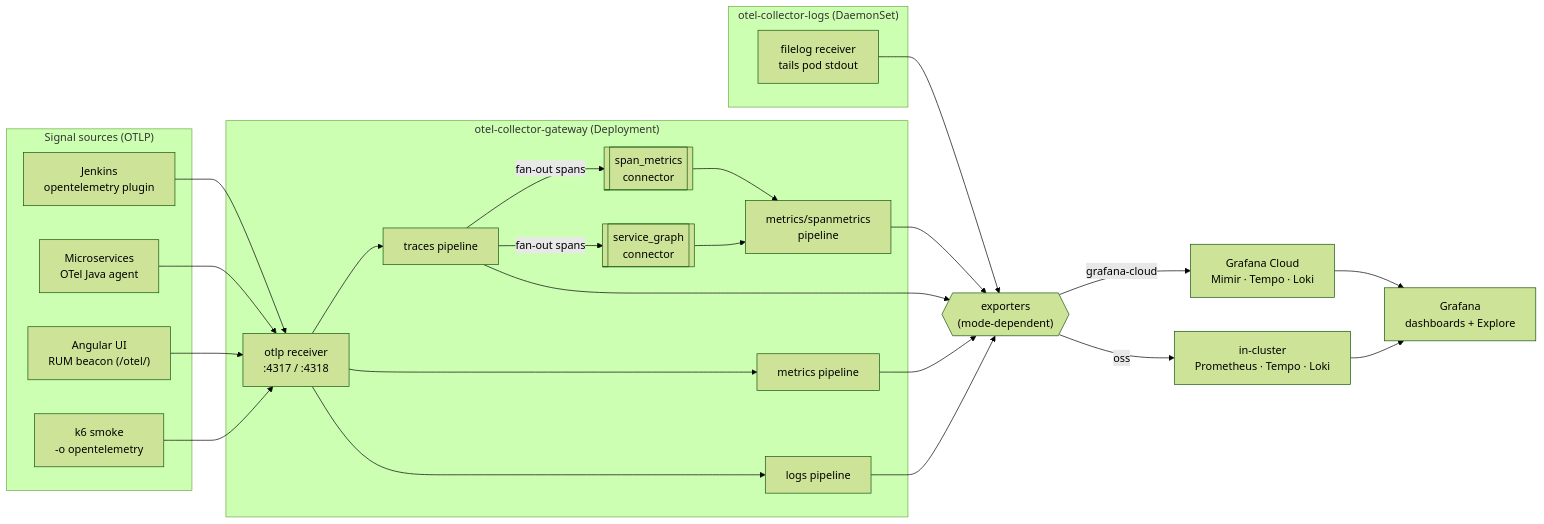
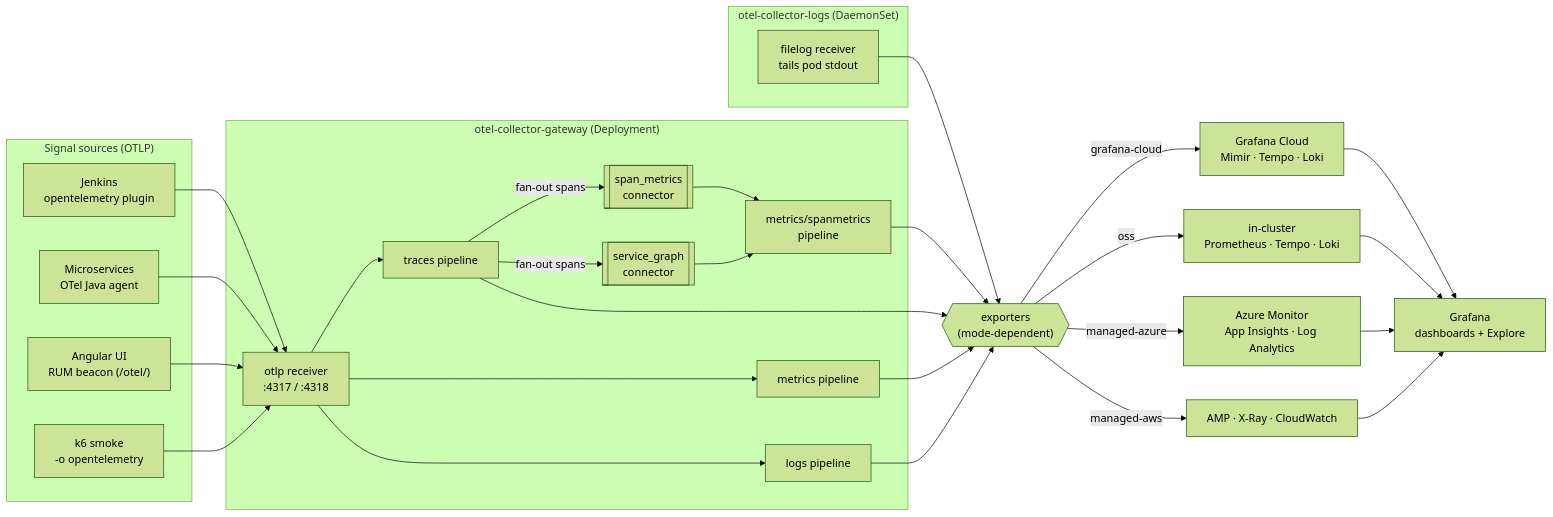
The second of 7 diagrams in docs/301-OBSERVABILITY.md (nubenetes/jenkins-2026), drawn with Mermaid (forest theme) before and after one commit. The commit also changed 4 other files, not shown here.

First line of the commit message:
docs: align remaining mermaid diagrams with main + fix 2 pre-existing broken diagrams (#478)

````diff
--- a/docs/301-OBSERVABILITY.md
+++ b/docs/301-OBSERVABILITY.md
@@ -281,36 +281,38 @@
 ```mermaid
 flowchart LR
   subgraph SRC["Signal sources (OTLP)"]
     J["Jenkins<br/>opentelemetry plugin"]
     M["Microservices<br/>OTel Java agent"]
     R["Angular UI<br/>RUM beacon (/otel/)"]
     K["k6 smoke<br/>-o opentelemetry"]
   end
 
   subgraph GW["otel-collector-gateway (Deployment)"]
     RCV["otlp receiver<br/>:4317 / :4318"]
     TR["traces pipeline"]
     SM[["span_metrics<br/>connector"]]
     SG[["service_graph<br/>connector"]]
     MSP["metrics/spanmetrics<br/>pipeline"]
     ME["metrics pipeline"]
     LO["logs pipeline"]
   end
 
   subgraph DS["otel-collector-logs (DaemonSet)"]
     FL["filelog receiver<br/>tails pod stdout"]
   end
 
   J & M & R & K --> RCV
   RCV --> TR & ME & LO
   TR -->|fan-out spans| SM & SG
   SM & SG --> MSP
 
   TR & ME & MSP & LO --> EXP{{"exporters<br/>(mode-dependent)"}}
   FL --> EXP
 
   EXP -->|grafana-cloud| GC["Grafana Cloud<br/>Mimir · Tempo · Loki"]
   EXP -->|oss| OSS["in-cluster<br/>Prometheus · Tempo · Loki"]
+  EXP -->|managed-azure| AZ["Azure Monitor<br/>App Insights · Log Analytics"]
+  EXP -->|managed-aws| AWS["AMP · X-Ray · CloudWatch"]
 
-  GC & OSS --> GRA["Grafana<br/>dashboards + Explore"]
+  GC & OSS & AZ & AWS --> GRA["Grafana<br/>dashboards + Explore"]
 ```
````
